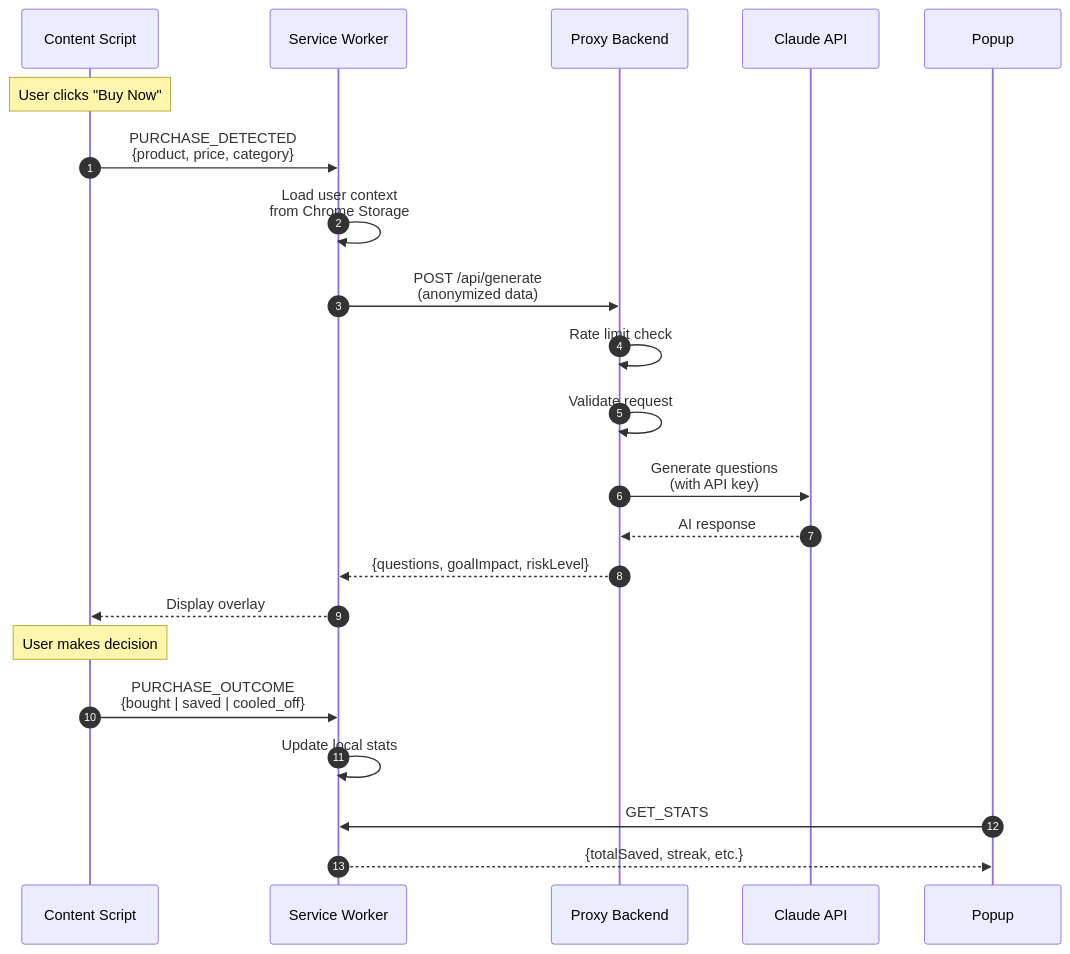
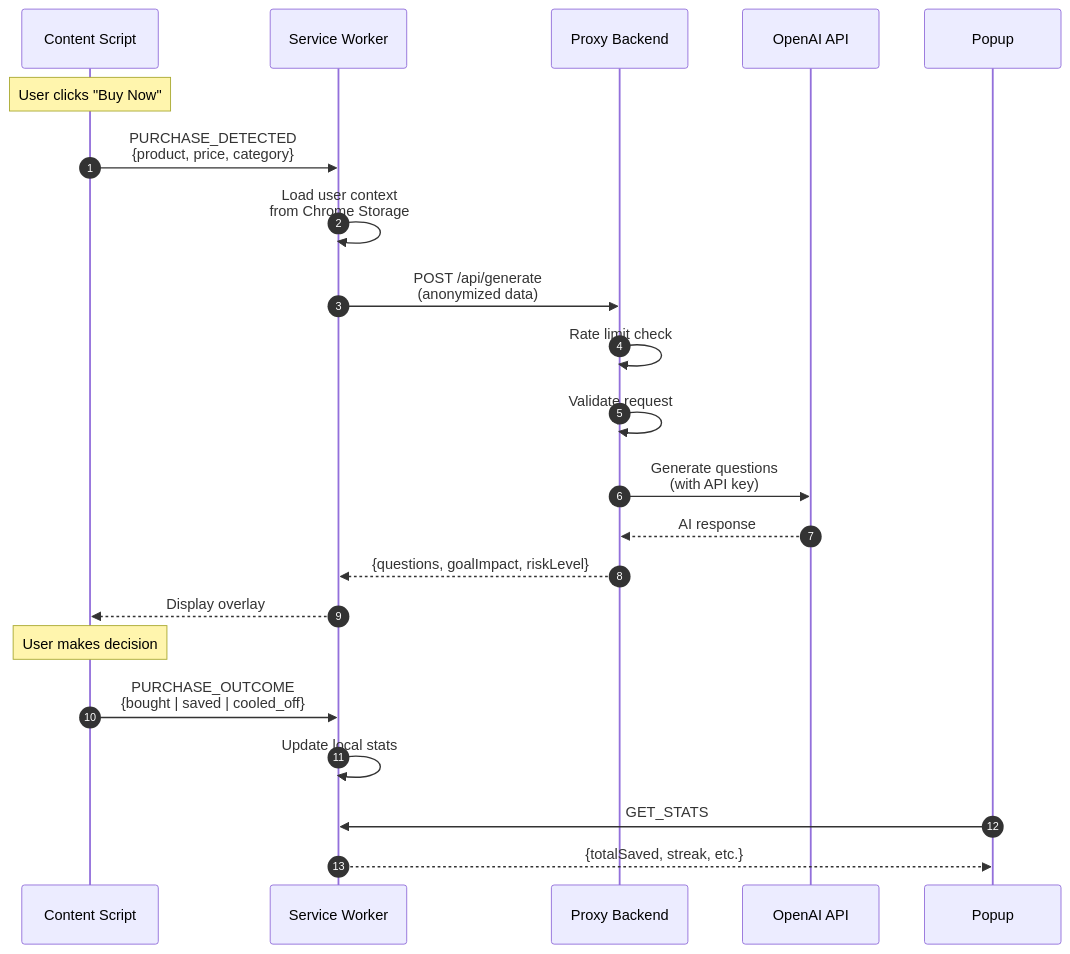
The second of 12 diagrams in docs/PauseBuy_Technical_Architecture.md (cnu/PauseBuy), drawn with Mermaid before and after one commit. The commit also changed other lines of this file and 8 other files, not shown here.

First line of the commit message:
refactor: switch from Claude Haiku to OpenAI GPT-5 Mini

````diff
--- a/docs/PauseBuy_Technical_Architecture.md
+++ b/docs/PauseBuy_Technical_Architecture.md
@@ -131,29 +131,29 @@
 ```mermaid
 sequenceDiagram
     autonumber
     participant CS as Content Script
     participant SW as Service Worker
     participant Proxy as Proxy Backend
-    participant Claude as Claude API
+    participant OpenAI as OpenAI API
     participant Pop as Popup
 
     Note over CS: User clicks "Buy Now"
     
     CS->>SW: PURCHASE_DETECTED<br/>{product, price, category}
     SW->>SW: Load user context<br/>from Chrome Storage
     SW->>Proxy: POST /api/generate<br/>(anonymized data)
     Proxy->>Proxy: Rate limit check
     Proxy->>Proxy: Validate request
-    Proxy->>Claude: Generate questions<br/>(with API key)
-    Claude-->>Proxy: AI response
+    Proxy->>OpenAI: Generate questions<br/>(with API key)
+    OpenAI-->>Proxy: AI response
     Proxy-->>SW: {questions, goalImpact, riskLevel}
     SW-->>CS: Display overlay
     
     Note over CS: User makes decision
     
     CS->>SW: PURCHASE_OUTCOME<br/>{bought | saved | cooled_off}
     SW->>SW: Update local stats
     
     Pop->>SW: GET_STATS
     SW-->>Pop: {totalSaved, streak, etc.}
 ```
````
